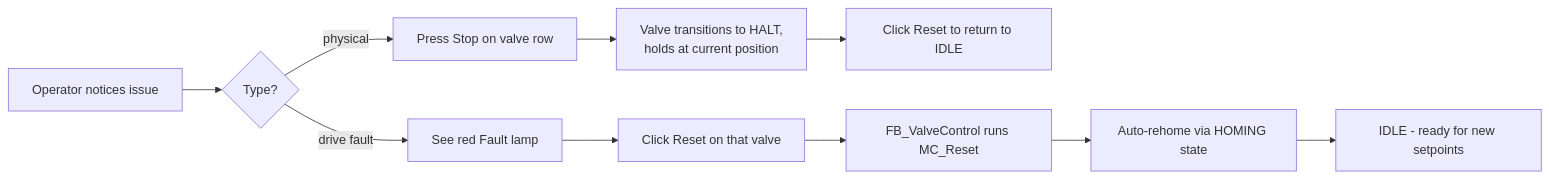
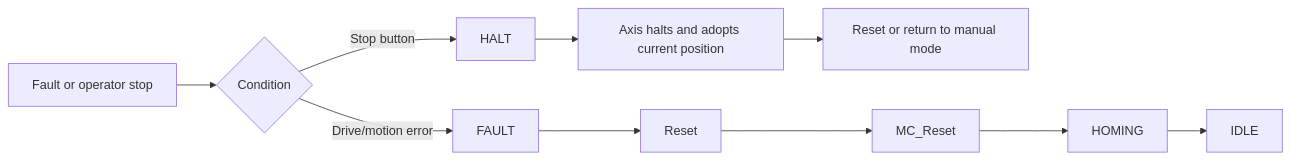
The second of 2 diagrams in docs/HMI_FLOW.md (Awais-Mughal/Veksi_Project), drawn with Mermaid before and after one commit. The commit also changed other lines of this file and 10 other files, not shown here.

````diff
--- a/docs/HMI_FLOW.md
+++ b/docs/HMI_FLOW.md
@@ -77,12 +66,12 @@
 ```mermaid
 flowchart LR
-    A[Operator notices issue] --> B{Type?}
-    B -- physical --> C[Press Stop on valve row]
-    B -- drive fault --> D[See red Fault lamp]
-    C --> E[Valve transitions to HALT,<br/>holds at current position]
-    E --> F[Click Reset to return to IDLE]
-    D --> G[Click Reset on that valve]
-    G --> H[FB_ValveControl runs MC_Reset]
-    H --> I[Auto-rehome via HOMING state]
-    I --> J[IDLE - ready for new setpoints]
+    A[Fault or operator stop] --> B{Condition}
+    B -- Stop button --> C[HALT]
+    C --> D[Axis halts and adopts current position]
+    D --> E[Reset or return to manual mode]
+    B -- Drive/motion error --> F[FAULT]
+    F --> G[Reset]
+    G --> H[MC_Reset]
+    H --> I[HOMING]
+    I --> J[IDLE]
 ```
````
